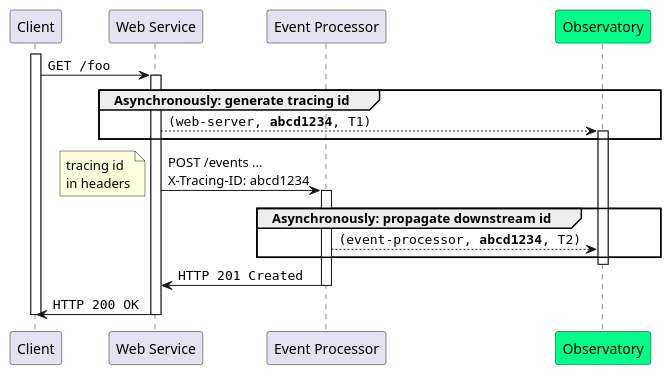
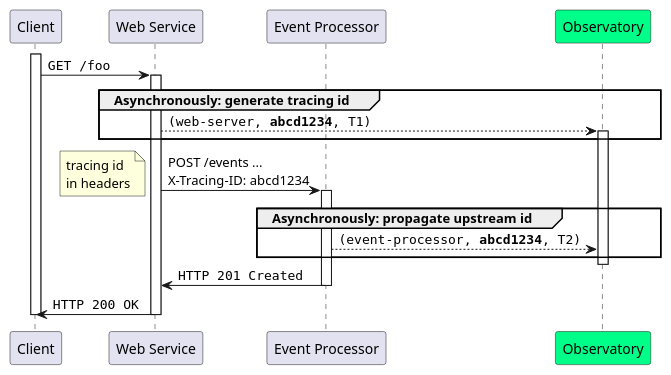
One commit to ane/observatory changed the fifth of 6 diagrams in docs/src/overview.rst. Above: the diagram before and after it, drawn with PlantUML. The commit also changed other lines of this file and 1 other file, not shown here.

```diff
--- a/docs/src/overview.rst
+++ b/docs/src/overview.rst
@@ -102,29 +206,29 @@
 .. uml:: 
 
    participant "Client" as C
    participant "Web Service" as WS
    participant "Event Processor" as EP
    participant "Observatory" as O #00FF88
 
    activate C
    C -> WS: ""GET /foo""
    activate WS
    group Asynchronously: generate tracing id
        WS --> O: ""(web-server, **abcd1234**, T1)""
        activate O
    end
 
    WS -> EP: POST /events ...\nX-Tracing-ID: abcd1234
    note left: tracing id\nin headers
    activate EP
-   group Asynchronously: propagate downstream id
+   group Asynchronously: propagate upstream id
        EP --> O: ""(event-processor, **abcd1234**, T2)""
    end
 
    deactivate O
 
    WS <- EP: ""HTTP 201 Created""
    deactivate EP
    C <- WS: ""HTTP 200 OK""
    deactivate WS
    deactivate C
```
